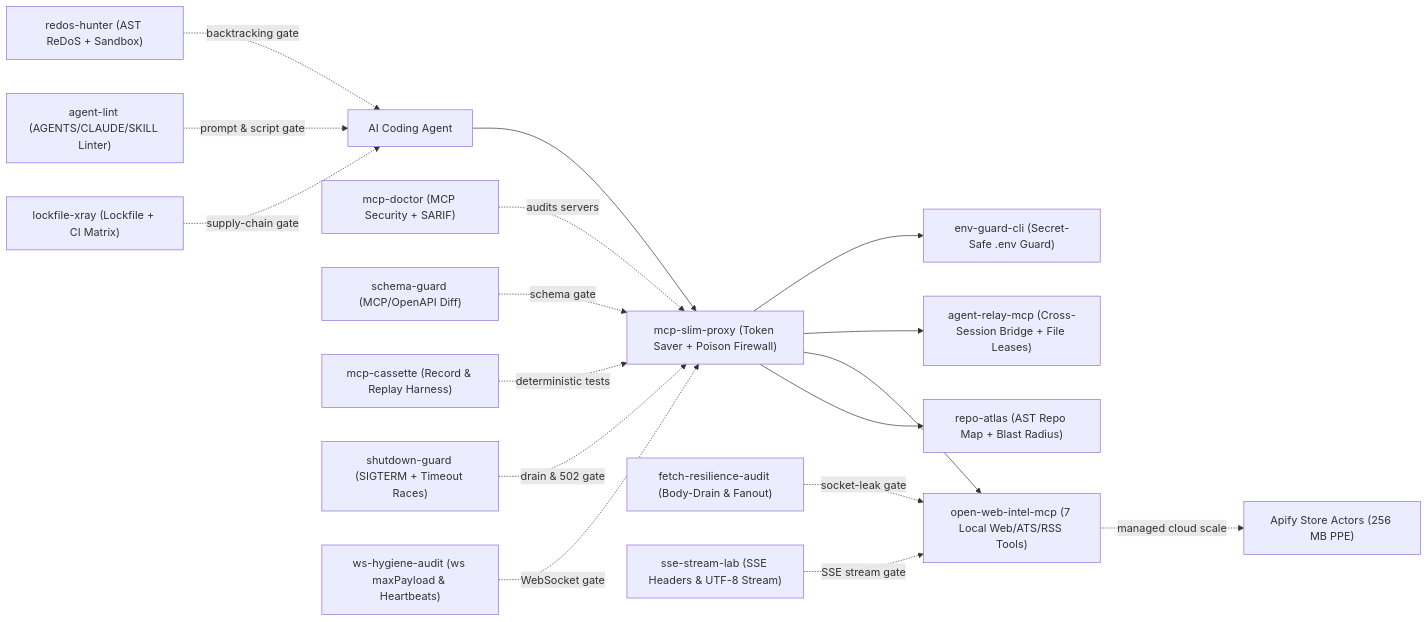
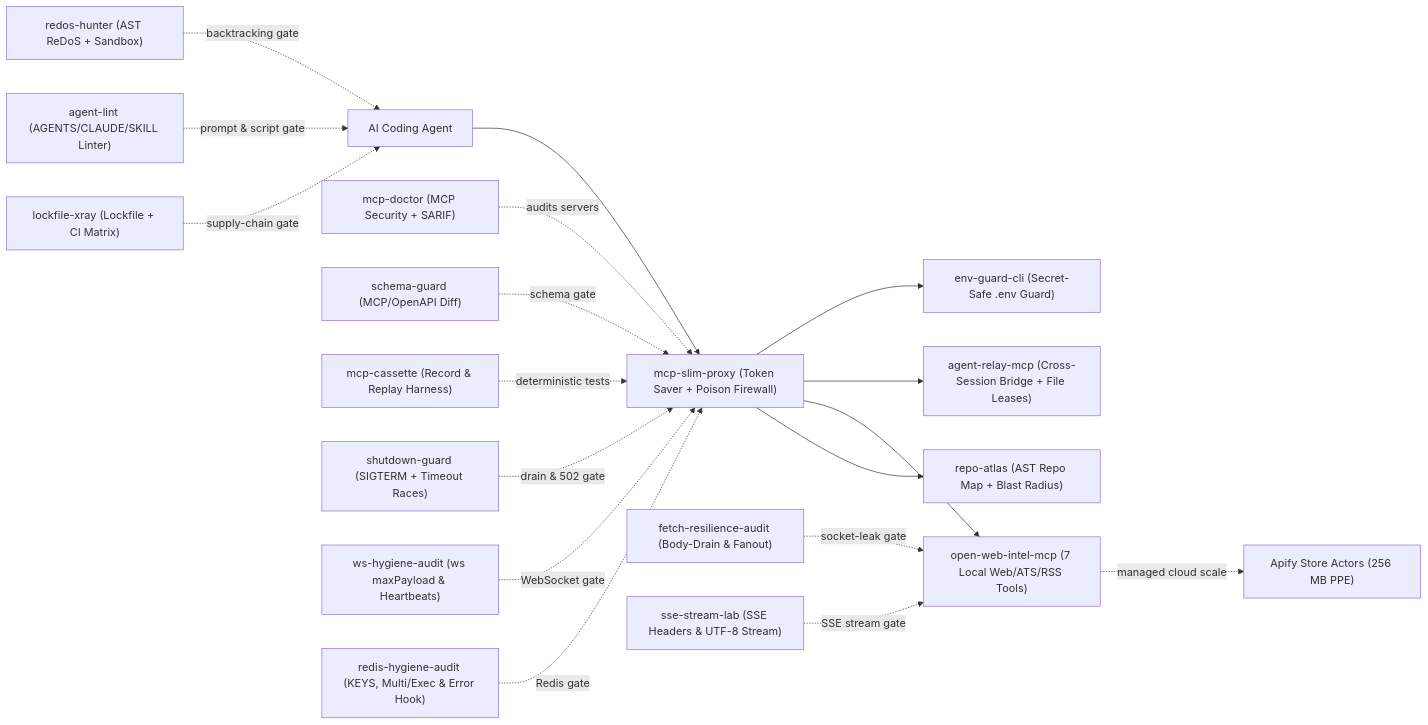
Before and after one commit to pie527645-cloud/pie527645-cloud: the diagram in README.md, drawn with Mermaid. The commit also changed other lines of this file, not shown here.

Commit message:
docs: add redis-hygiene-audit to Wave 7 suite table and pipeline

````diff
--- a/README.md
+++ b/README.md
@@ -5,19 +5,20 @@
 ```mermaid
 flowchart LR
     Agent["AI Coding Agent"] --> Slim["mcp-slim-proxy (Token Saver + Poison Firewall)"]
     Slim --> Atlas["repo-atlas (AST Repo Map + Blast Radius)"]
     Slim --> WebIntel["open-web-intel-mcp (7 Local Web/ATS/RSS Tools)"]
     Slim --> Relay["agent-relay-mcp (Cross-Session Bridge + File Leases)"]
     Slim --> EnvGuard["env-guard-cli (Secret-Safe .env Guard)"]
     Doctor["mcp-doctor (MCP Security + SARIF)"] -. audits servers .-> Slim
     Schema["schema-guard (MCP/OpenAPI Diff)"] -. schema gate .-> Slim
     Cassette["mcp-cassette (Record & Replay Harness)"] -. deterministic tests .-> Slim
     Xray["lockfile-xray (Lockfile + CI Matrix)"] -. supply-chain gate .-> Agent
     AgentLint["agent-lint (AGENTS/CLAUDE/SKILL Linter)"] -. prompt & script gate .-> Agent
     Redos["redos-hunter (AST ReDoS + Sandbox)"] -. backtracking gate .-> Agent
     Shutdown["shutdown-guard (SIGTERM + Timeout Races)"] -. drain & 502 gate .-> Slim
     FetchAudit["fetch-resilience-audit (Body-Drain & Fanout)"] -. socket-leak gate .-> WebIntel
     SseAudit["sse-stream-lab (SSE Headers & UTF-8 Stream)"] -. SSE stream gate .-> WebIntel
     WsAudit["ws-hygiene-audit (ws maxPayload & Heartbeats)"] -. WebSocket gate .-> Slim
+    RedisAudit["redis-hygiene-audit (KEYS, Multi/Exec & Error Hook)"] -. Redis gate .-> Slim
     WebIntel -. managed cloud scale .-> Apify["Apify Store Actors (256 MB PPE)"]
 ```
````
